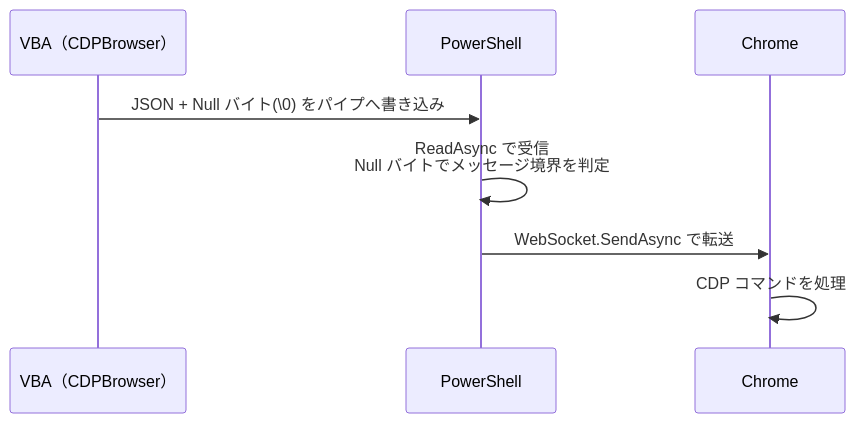
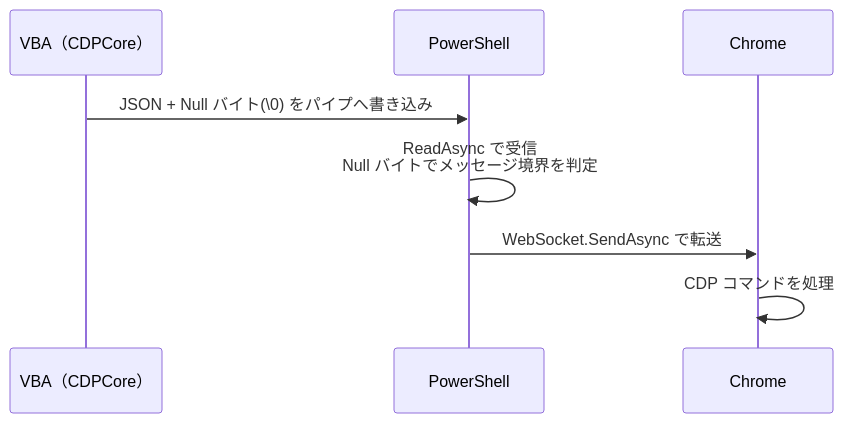
One commit to Eschamali/StarterWebScrapingKit changed the fourth of 5 diagrams in Extensions/MainUnit/CDP/WebSocketViaNamedPipe/README.md. Above: the diagram before and after it, drawn with Mermaid. The commit also changed other lines of this file, not shown here.

````diff
--- a/Extensions/MainUnit/CDP/WebSocketViaNamedPipe/README.md
+++ b/Extensions/MainUnit/CDP/WebSocketViaNamedPipe/README.md
@@ -111,10 +111,10 @@
 ```mermaid
 sequenceDiagram
-    participant V as VBA（CDPBrowser）
+    participant V as VBA（CDPCore）
     participant P as PowerShell
     participant C as Chrome
     V->>P: JSON + Null バイト(\0) をパイプへ書き込み
     P->>P: ReadAsync で受信<br/>Null バイトでメッセージ境界を判定
     P->>C: WebSocket.SendAsync で転送
     C->>C: CDP コマンドを処理
 ```
````
